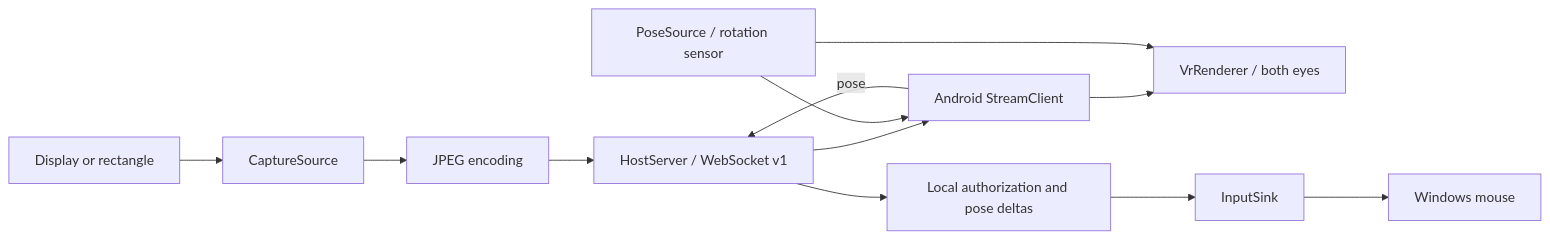
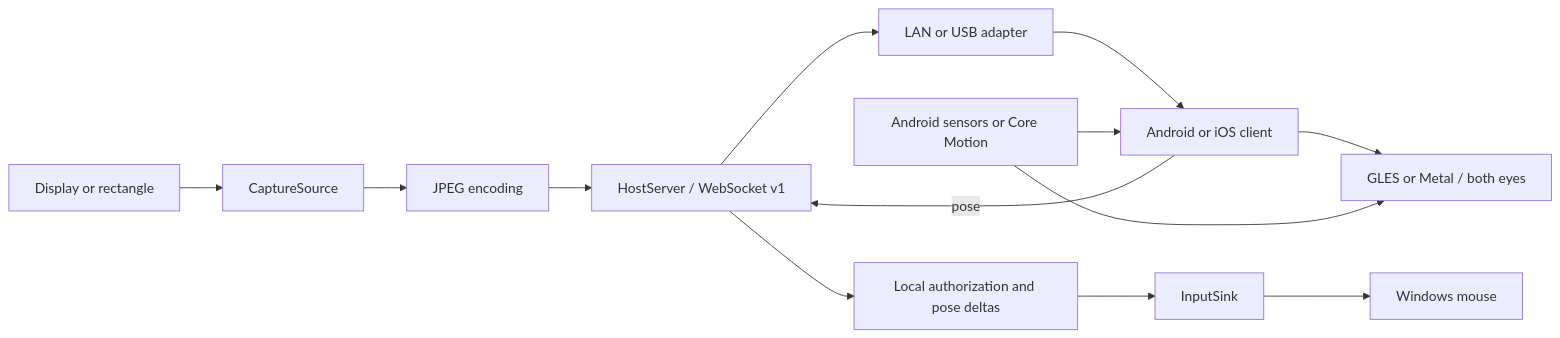
One commit to LexZeon/VRization changed the first of 2 diagrams in docs/ARCHITECTURE.md. Above: the diagram before and after it, drawn with Mermaid. The commit also changed other lines of this file and 16 other files, not shown here.

````diff
--- a/docs/ARCHITECTURE.md
+++ b/docs/ARCHITECTURE.md
@@ -10,14 +10,15 @@
 ```mermaid
 flowchart LR
     A[Display or rectangle] --> B[CaptureSource]
     B --> C[JPEG encoding]
     C --> D[HostServer / WebSocket v1]
-    D --> E[Android StreamClient]
-    E --> F[VrRenderer / both eyes]
-    G[PoseSource / rotation sensor] --> F
+    D --> T[LAN or USB adapter]
+    T --> E[Android or iOS client]
+    E --> F[GLES or Metal / both eyes]
+    G[Android sensors or Core Motion] --> F
     G --> E
     E -->|pose| D
     D --> H[Local authorization and pose deltas]
     H --> I[InputSink]
     I --> J[Windows mouse]
 ```
````
